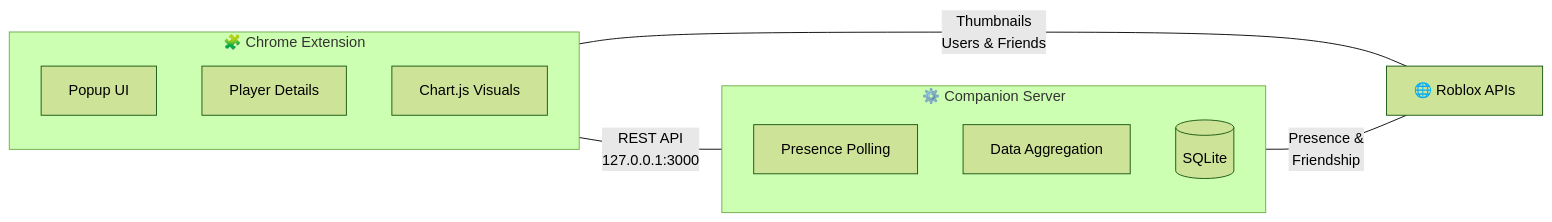
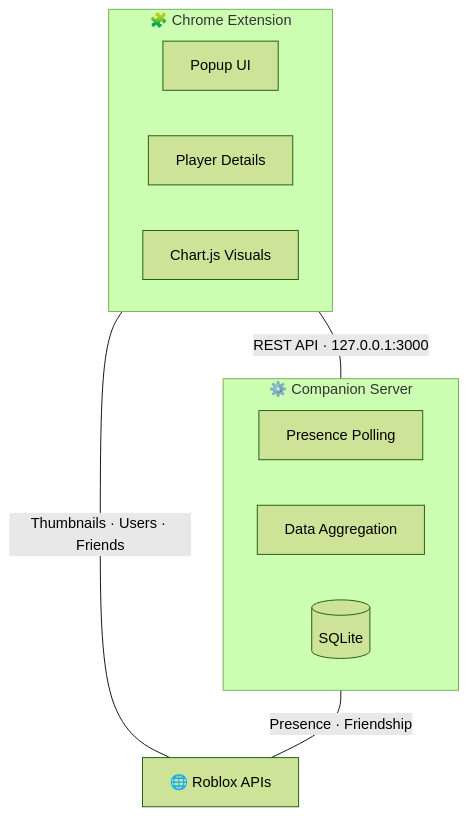
One commit to G0tzya/RoNexo changed the diagram in README.md. Above: the diagram before and after it, drawn with Mermaid (forest theme). The commit also changed other lines of this file, not shown here.

Commit message:
fix image and mermaid graph

````diff
--- a/README.md
+++ b/README.md
@@ -46,22 +46,20 @@
 ```mermaid
-flowchart LR
+flowchart TD
     subgraph Extension ["🧩 Chrome Extension"]
-        direction TB
         UI[Popup UI]
         PD[Player Details]
         CV[Chart.js Visuals]
     end
 
     subgraph Server ["⚙️ Companion Server"]
-        direction TB
         PP[Presence Polling]
         DA[Data Aggregation]
         DB[(SQLite)]
     end
 
     RAPI["🌐 Roblox APIs"]
 
-    Extension -- "REST API\n127.0.0.1:3000" --- Server
-    Extension -- "Thumbnails\nUsers & Friends" --- RAPI
-    Server -- "Presence &\nFriendship" --- RAPI
+    Extension -- "REST API · 127.0.0.1:3000" --- Server
+    Extension -- "Thumbnails · Users · Friends" --- RAPI
+    Server -- "Presence · Friendship" --- RAPI
 ```
````
